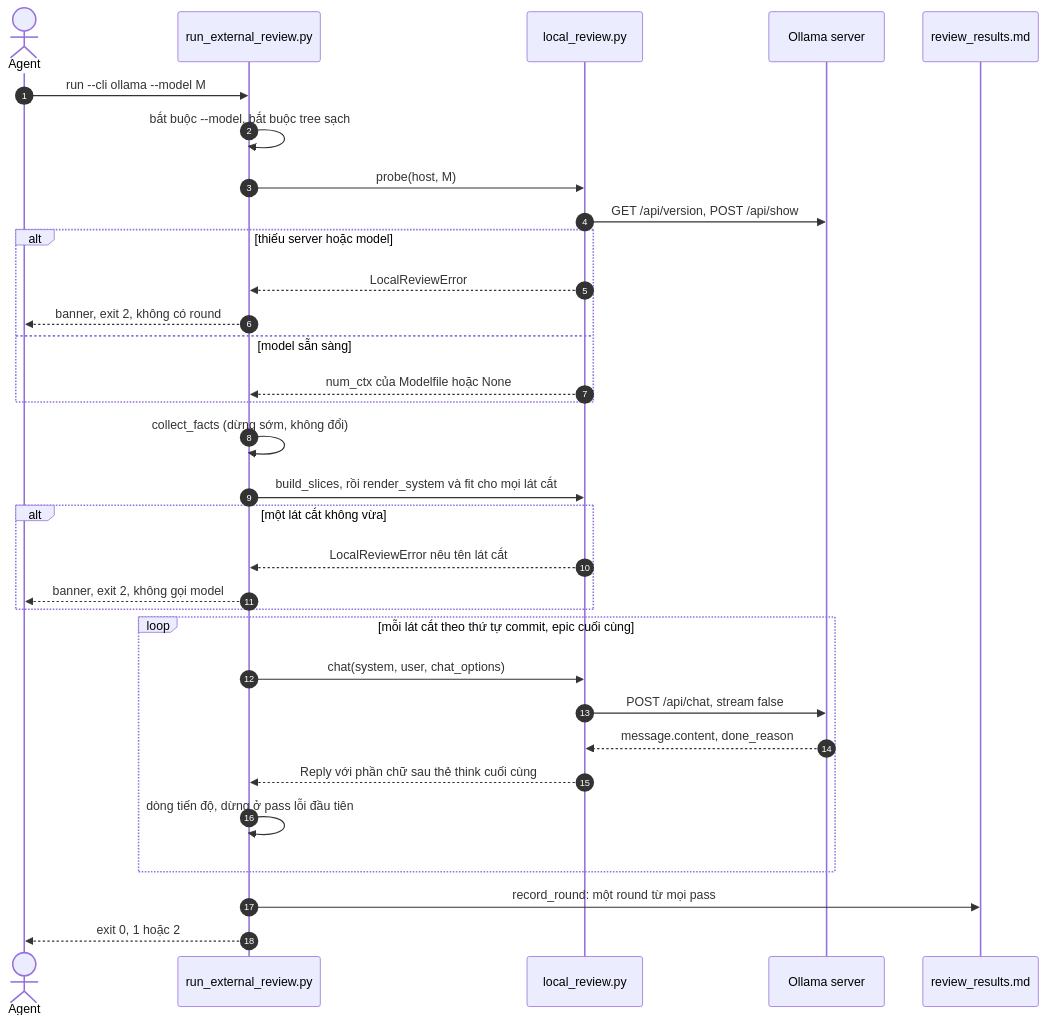
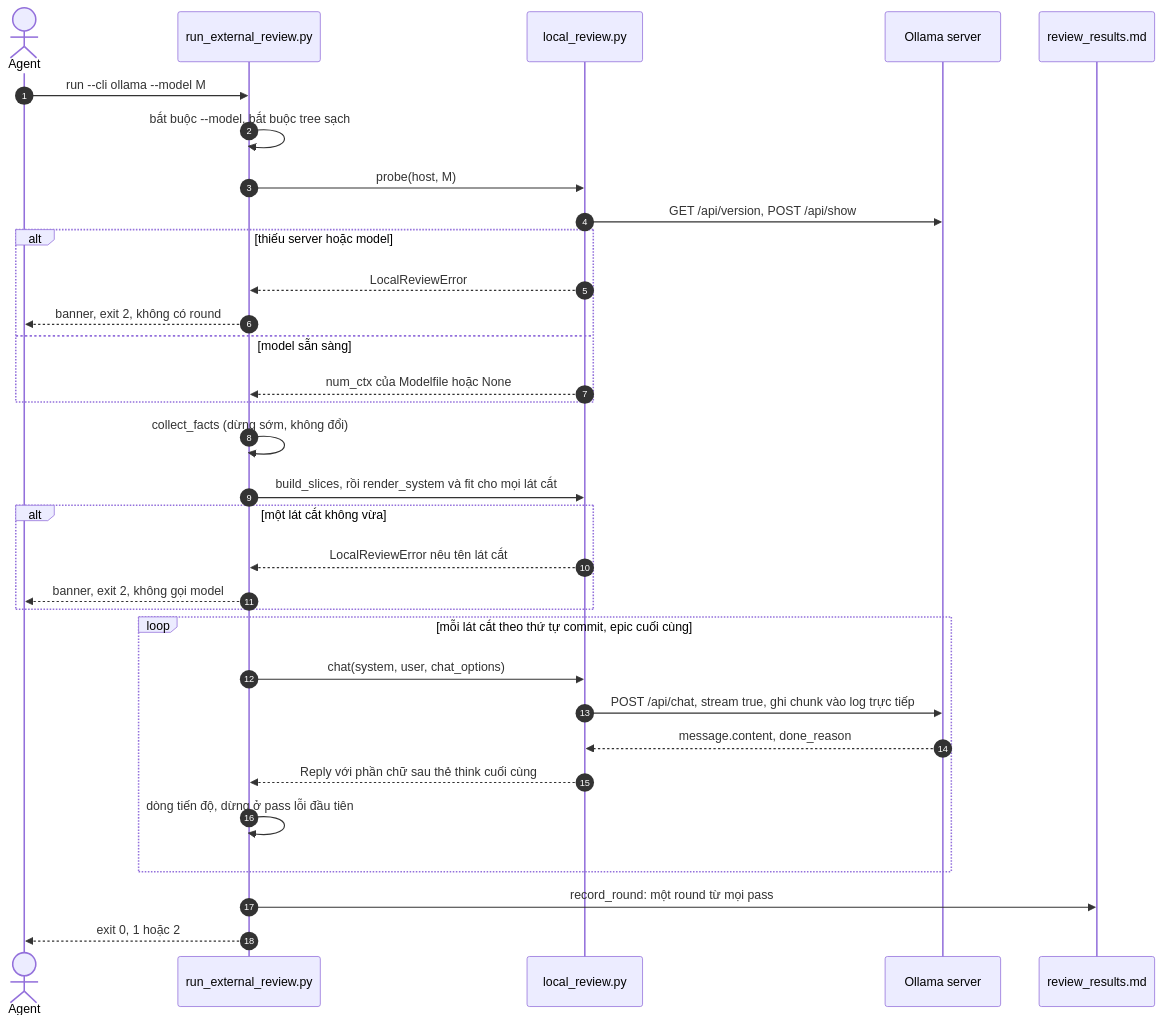
One commit to DanhDue/ai-agent-tools changed the third of 3 diagrams in .devtool/epic/local_model_review/local_model_review.vi.md. Above: the diagram before and after it, drawn with Mermaid. The commit also changed other lines of this file and 5 other files, not shown here.

First line of the commit message:
[LOCAL_MODEL_REVIEW] Fix local review visibility with a live log per pass

````diff
--- a/.devtool/epic/local_model_review/local_model_review.vi.md
+++ b/.devtool/epic/local_model_review/local_model_review.vi.md
@@ -121,35 +121,35 @@
 ```mermaid
 sequenceDiagram
     autonumber
     actor Agent as Agent
     participant Runner as run_external_review.py
     participant Local as local_review.py
     participant Ollama as Ollama server
     participant Results as review_results.md
 
     Agent->>Runner: run --cli ollama --model M
     Runner->>Runner: bắt buộc --model, bắt buộc tree sạch
     Runner->>Local: probe(host, M)
     Local->>Ollama: GET /api/version, POST /api/show
     alt thiếu server hoặc model
         Local-->>Runner: LocalReviewError
         Runner-->>Agent: banner, exit 2, không có round
     else model sẵn sàng
         Local-->>Runner: num_ctx của Modelfile hoặc None
     end
     Runner->>Runner: collect_facts (dừng sớm, không đổi)
     Runner->>Local: build_slices, rồi render_system và fit cho mọi lát cắt
     alt một lát cắt không vừa
         Local-->>Runner: LocalReviewError nêu tên lát cắt
         Runner-->>Agent: banner, exit 2, không gọi model
     end
     loop mỗi lát cắt theo thứ tự commit, epic cuối cùng
         Runner->>Local: chat(system, user, chat_options)
-        Local->>Ollama: POST /api/chat, stream false
+        Local->>Ollama: POST /api/chat, stream true, ghi chunk vào log trực tiếp
         Ollama-->>Local: message.content, done_reason
         Local-->>Runner: Reply với phần chữ sau thẻ think cuối cùng
         Runner->>Runner: dòng tiến độ, dừng ở pass lỗi đầu tiên
     end
     Runner->>Results: record_round: một round từ mọi pass
     Runner-->>Agent: exit 0, 1 hoặc 2
 ```
````
